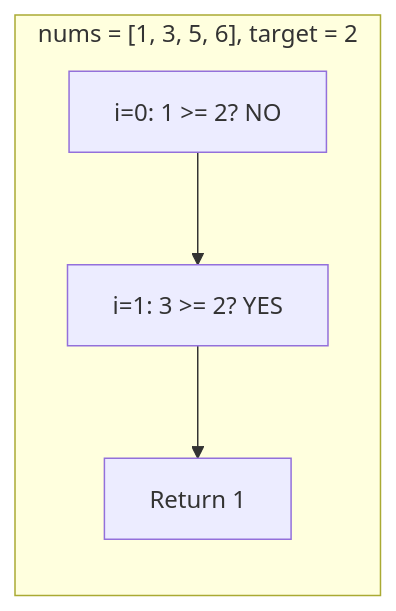
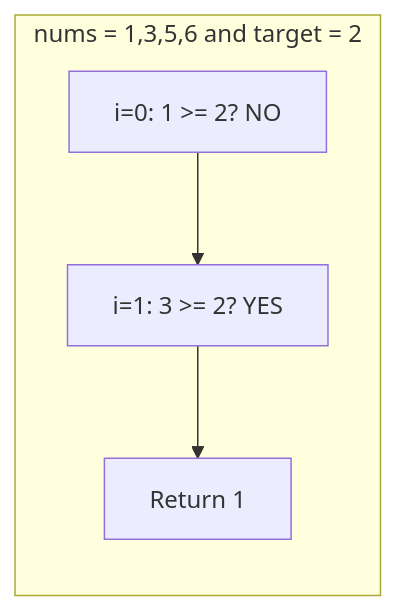
The first of 14 diagrams in dsa/Advanced/04-Binary search/02-logic-building/logic-building-1.md (pentoshi007/tuf), drawn with Mermaid before and after one commit. The commit also changed other lines of this file and 1 other file, not shown here.

First line of the commit message:
Fix Mermaid diagram syntax for GitHub compatibility

````diff
--- a/dsa/Advanced/04-Binary search/02-logic-building/logic-building-1.md
+++ b/dsa/Advanced/04-Binary search/02-logic-building/logic-building-1.md
@@ -63,7 +63,7 @@
 ```mermaid
 flowchart LR
-    subgraph Array["nums = [1, 3, 5, 6], target = 2"]
+    subgraph Search["nums = 1,3,5,6 and target = 2"]
         A["i=0: 1 >= 2? NO"] --> B["i=1: 3 >= 2? YES"]
         B --> C["Return 1"]
     end
 ```
````
